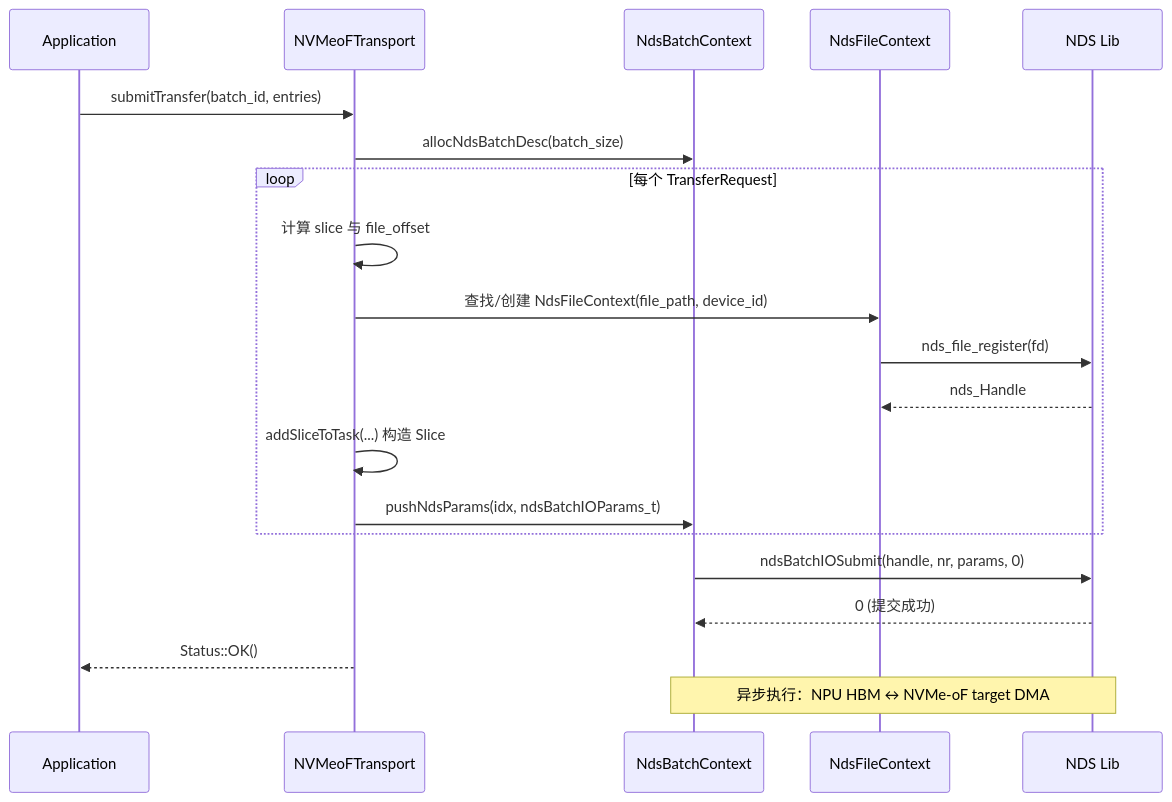
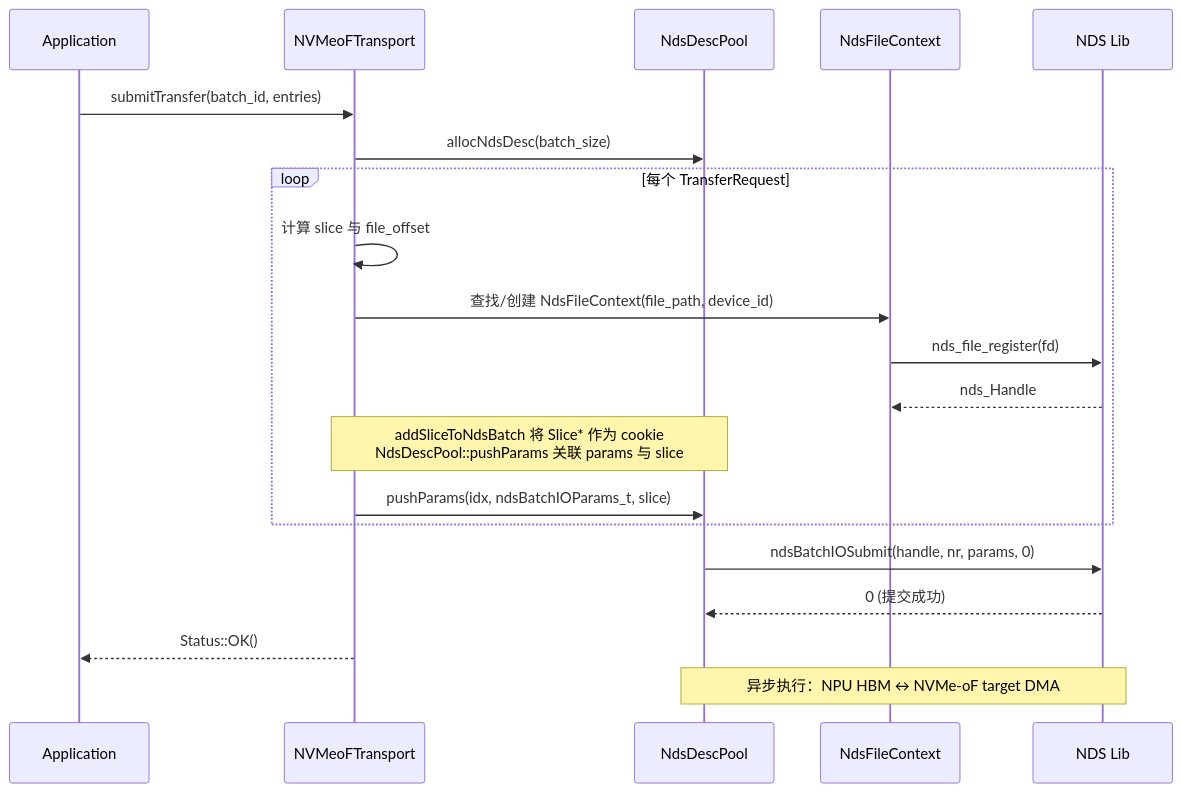
The sixth of 17 diagrams in docs/rfc-nds-nvmeof-transport-cn.md (yz53665/Mooncake), drawn with Mermaid before and after one commit. The commit also changed other lines of this file, not shown here.

````diff
--- a/docs/rfc-nds-nvmeof-transport-cn.md
+++ b/docs/rfc-nds-nvmeof-transport-cn.md
@@ -286,24 +290,24 @@
 ```mermaid
 sequenceDiagram
     participant App as Application
     participant NVT as NVMeoFTransport
-    participant NdsCtx as NdsBatchContext
+    participant NdsPool as NdsDescPool
     participant FileCtx as NdsFileContext
     participant NDS as NDS Lib
 
     App->>NVT: submitTransfer(batch_id, entries)
-    NVT->>NdsCtx: allocNdsBatchDesc(batch_size)
+    NVT->>NdsPool: allocNdsDesc(batch_size)
     loop 每个 TransferRequest
         NVT->>NVT: 计算 slice 与 file_offset
         NVT->>FileCtx: 查找/创建 NdsFileContext(file_path, device_id)
         FileCtx->>NDS: nds_file_register(fd)
         NDS-->>FileCtx: nds_Handle
-        NVT->>NVT: addSliceToTask(...) 构造 Slice
-        NVT->>NdsCtx: pushNdsParams(idx, ndsBatchIOParams_t)
+        Note over NVT,NdsPool: addSliceToNdsBatch 将 Slice* 作为 cookie<br/>NdsDescPool::pushParams 关联 params 与 slice
+        NVT->>NdsPool: pushParams(idx, ndsBatchIOParams_t, slice)
     end
-    NdsCtx->>NDS: ndsBatchIOSubmit(handle, nr, params, 0)
-    NDS-->>NdsCtx: 0 (提交成功)
+    NdsPool->>NDS: ndsBatchIOSubmit(handle, nr, params, 0)
+    NDS-->>NdsPool: 0 (提交成功)
     NVT-->>App: Status::OK()
 
-    Note over NdsCtx,NDS: 异步执行：NPU HBM ↔ NVMe-oF target DMA
+    Note over NdsPool,NDS: 异步执行：NPU HBM ↔ NVMe-oF target DMA
 ```
````
